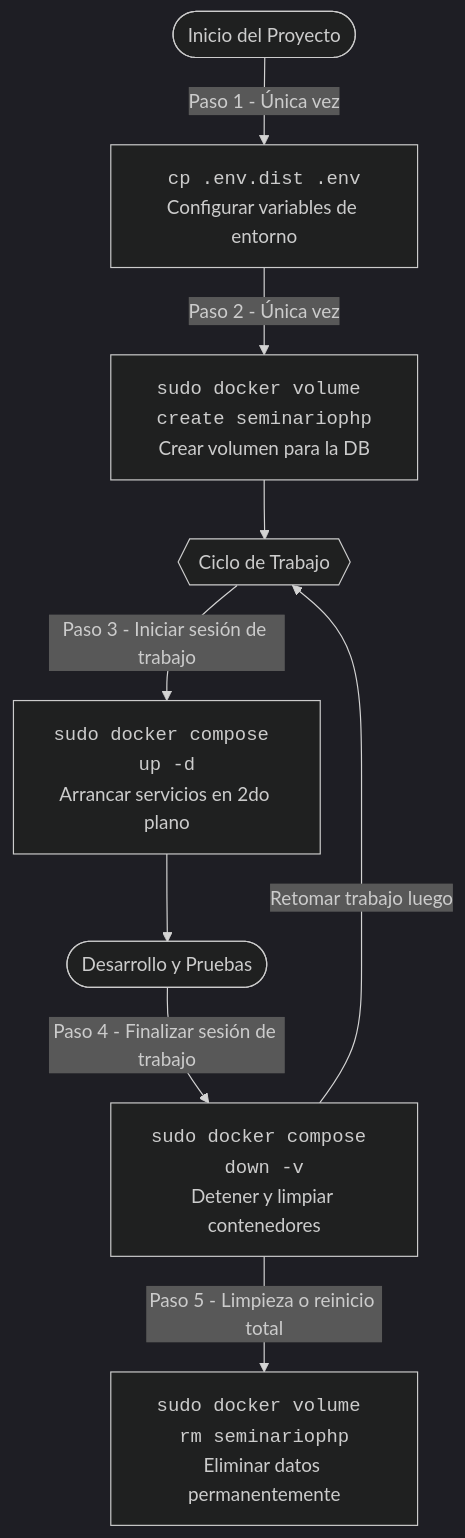
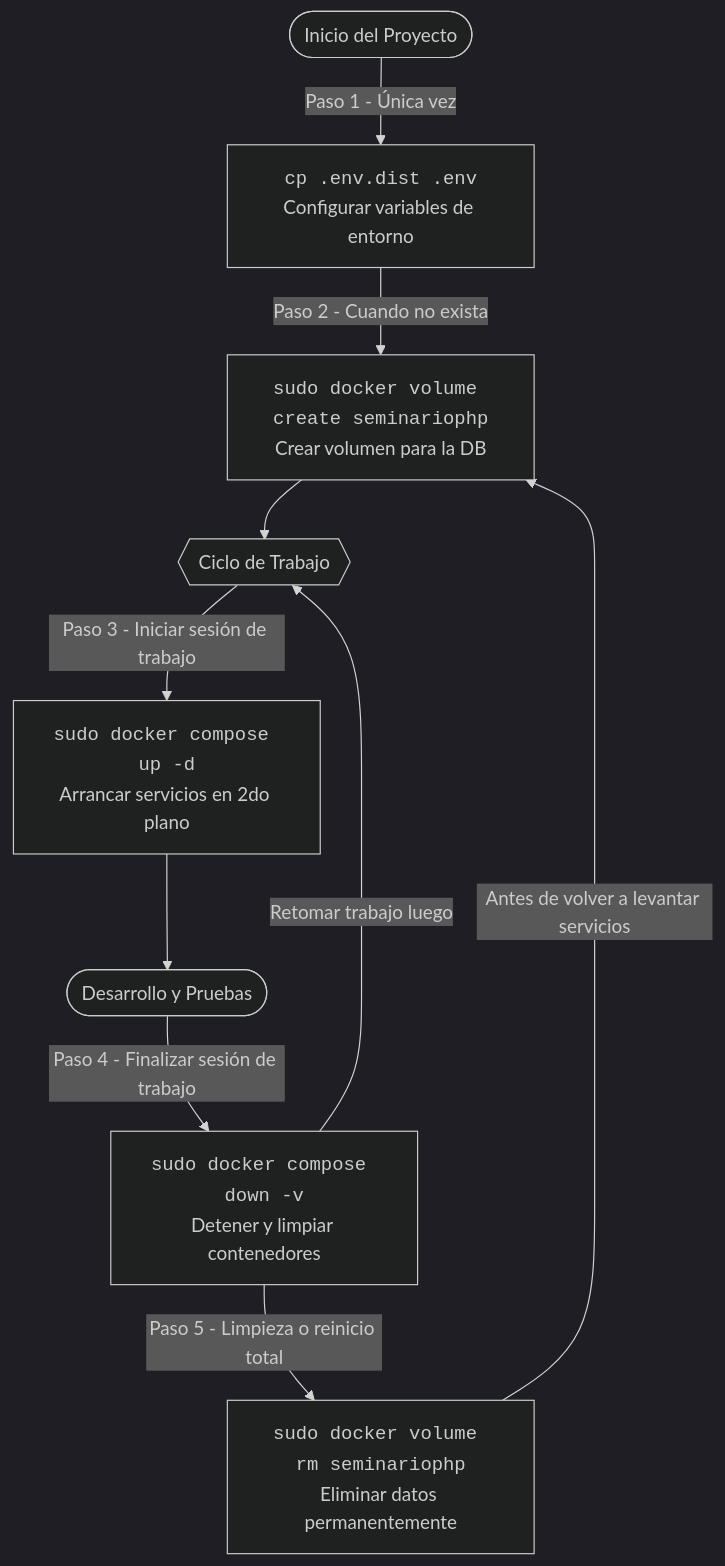
The diagram in README.md (soyezequiel/api-rest-php), drawn with Mermaid (dark theme) before and after one commit. The commit also changed 2 other files, not shown here.

Commit message:
Merge remote-tracking branch 'origin/Chris-Fabri1' into merge-rama-demas-con-migo

````diff
--- a/README.md
+++ b/README.md
@@ -42,15 +42,16 @@
 ```mermaid
 graph TD
     A([Inicio del Proyecto]) -->|Paso 1 - Única vez| B[<code>cp .env.dist .env</code><br/>Configurar variables de entorno]
-    B -->|Paso 2 - Única vez| C[<code>sudo docker volume create seminariophp</code><br/>Crear volumen para la DB]
+    B -->|Paso 2 - Cuando no exista| C[<code>sudo docker volume create seminariophp</code><br/>Crear volumen para la DB]
     
     C --> D{{Ciclo de Trabajo}}
     
     D -->|Paso 3 - Iniciar sesión de trabajo| E[<code>sudo docker compose up -d</code><br/>Arrancar servicios en 2do plano]
     E --> F([Desarrollo y Pruebas])
     F -->|Paso 4 - Finalizar sesión de trabajo| G[<code>sudo docker compose down -v</code><br/>Detener y limpiar contenedores]
     
     G -->|Retomar trabajo luego| D
     
     G -->|Paso 5 - Limpieza o reinicio total| H[<code>sudo docker volume rm seminariophp</code><br/>Eliminar datos permanentemente]
+    H -->|Antes de volver a levantar servicios| C
 ```
````
